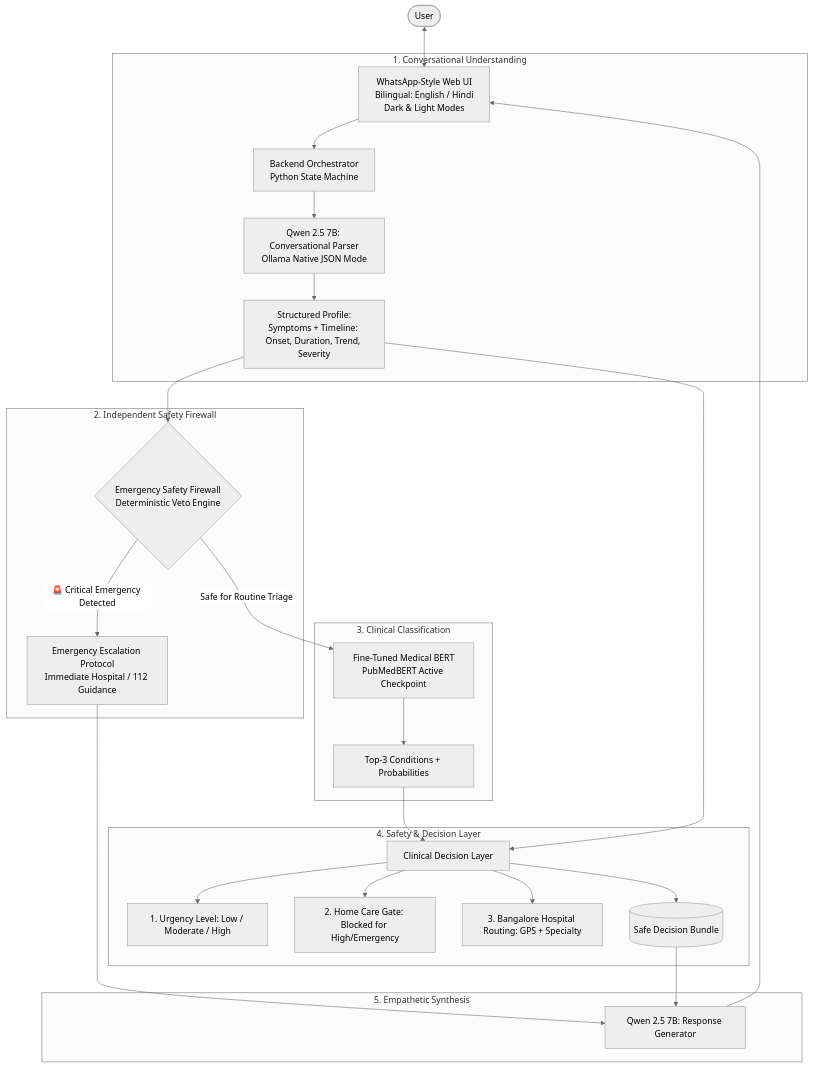
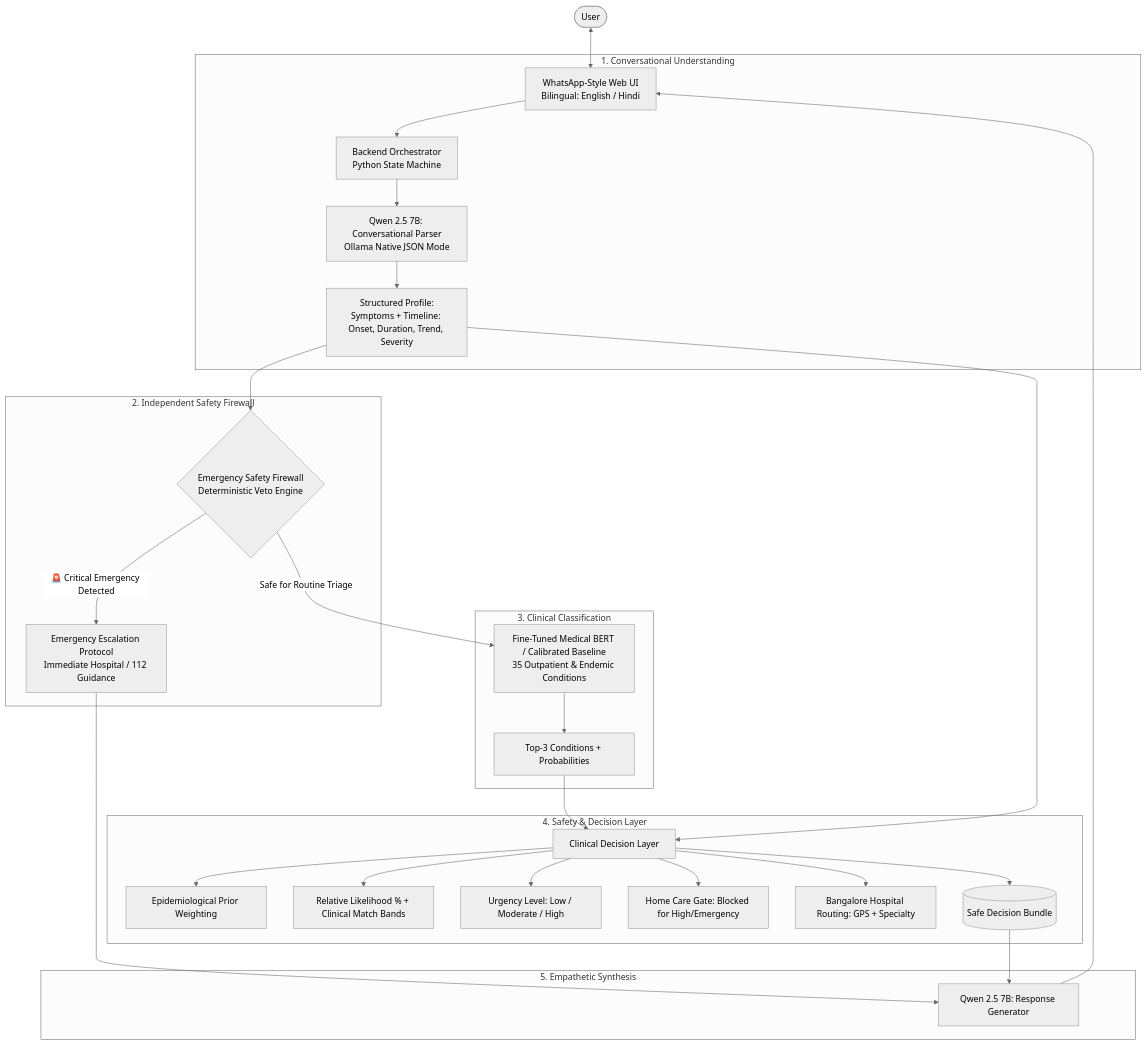
One commit to AdithyaK3106/MediAssist-AI changed the diagram in breif.md. Above: the diagram before and after it, drawn with Mermaid (neutral theme). The commit also changed other lines of this file and 18 other files, not shown here.

First line of the commit message:
feat: Add synthetic Indian outpatient dataset & calibrated relative likelihood for 35 conditions

````diff
--- a/breif.md
+++ b/breif.md
@@ -21,34 +24,36 @@
 ```mermaid
 flowchart TD
-    User([User]) <--> UI[WhatsApp-Style Web UI\nBilingual: English / Hindi\nDark & Light Modes]
+    User([User]) <--> UI[WhatsApp-Style Web UI\nBilingual: English / Hindi]
     
     subgraph S1 [1. Conversational Understanding]
         UI --> Orch[Backend Orchestrator\nPython State Machine]
         Orch --> QwenExtract[Qwen 2.5 7B: Conversational Parser\nOllama Native JSON Mode]
         QwenExtract --> JSON[Structured Profile:\nSymptoms + Timeline: Onset, Duration, Trend, Severity]
     end
 
     subgraph S2 [2. Independent Safety Firewall]
         JSON --> EmergGate{Emergency Safety Firewall\nDeterministic Veto Engine}
         EmergGate -->|🚨 Critical Emergency Detected| EmergEsc[Emergency Escalation Protocol\nImmediate Hospital / 112 Guidance]
     end
 
     subgraph S3 [3. Clinical Classification]
-        EmergGate -->|Safe for Routine Triage| PubMedBERT[Fine-Tuned Medical BERT\nPubMedBERT Active Checkpoint]
+        EmergGate -->|Safe for Routine Triage| PubMedBERT[Fine-Tuned Medical BERT / Calibrated Baseline\n35 Outpatient & Endemic Conditions]
         PubMedBERT --> Top3[Top-3 Conditions + Probabilities]
     end
 
     subgraph S4 [4. Safety & Decision Layer]
         Top3 & JSON --> DecisionLayer[Clinical Decision Layer]
-        DecisionLayer --> Urgency[1. Urgency Level: Low / Moderate / High]
-        DecisionLayer --> CareGate[2. Home Care Gate: Blocked for High/Emergency]
-        DecisionLayer --> HospRoute[3. Bangalore Hospital Routing: GPS + Specialty]
+        DecisionLayer --> Prior[Epidemiological Prior Weighting]
+        DecisionLayer --> RelLikelihood[Relative Likelihood % + Clinical Match Bands]
+        DecisionLayer --> Urgency[Urgency Level: Low / Moderate / High]
+        DecisionLayer --> CareGate[Home Care Gate: Blocked for High/Emergency]
+        DecisionLayer --> HospRoute[Bangalore Hospital Routing: GPS + Specialty]
         DecisionLayer --> Bundle[(Safe Decision Bundle)]
     end
 
     subgraph S5 [5. Empathetic Synthesis]
         EmergEsc --> QwenGen[Qwen 2.5 7B: Response Generator]
         Bundle --> QwenGen
         QwenGen --> UI
     end
 ```
````
